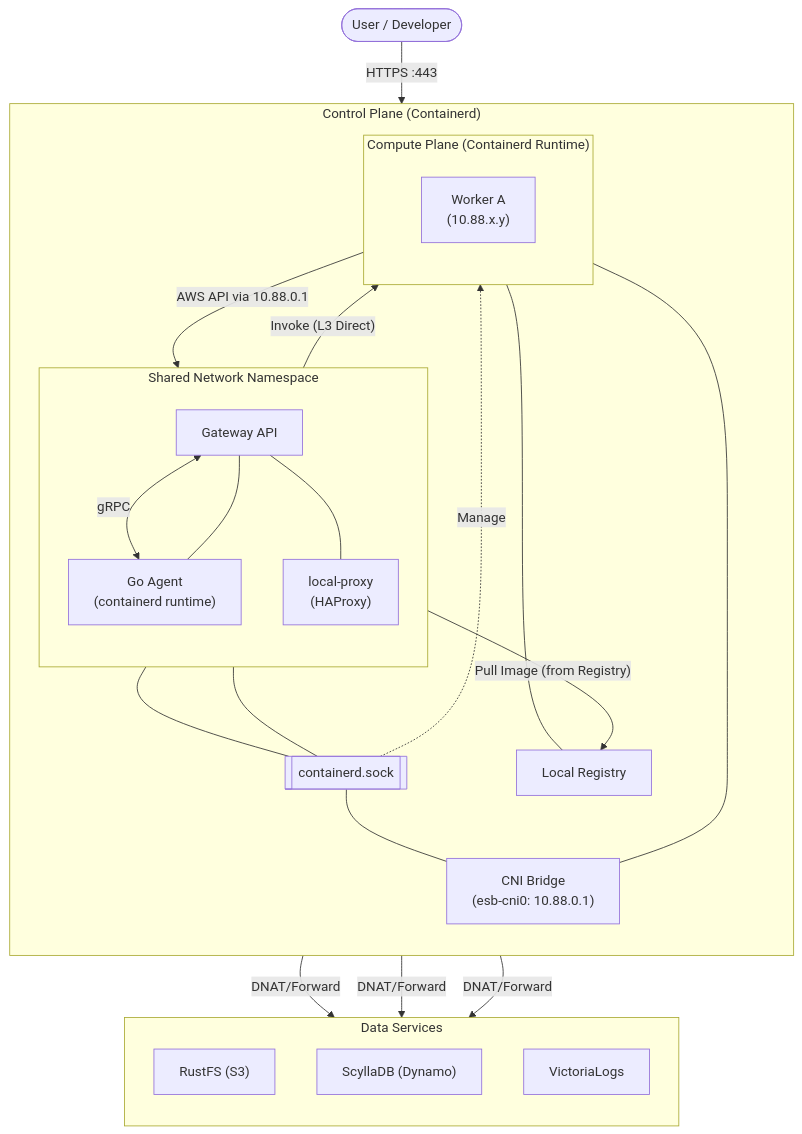
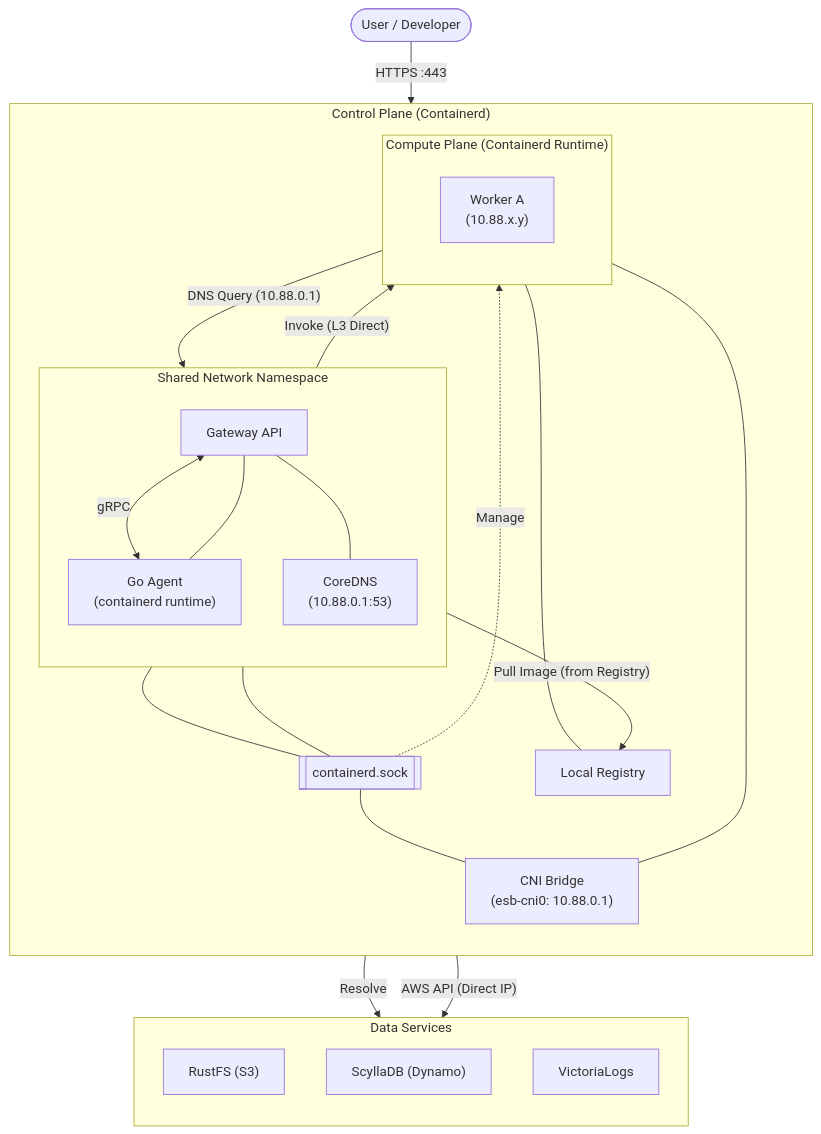
One commit to poruru-code/esb changed the third of 4 diagrams in docs/architecture-containerd.md. Above: the diagram before and after it, drawn with Mermaid. The commit also changed other lines of this file and 17 other files, not shown here.

First line of the commit message:
feat: implement DNS-based service discovery using CoreDNS sidecar

````diff
--- a/docs/architecture-containerd.md
+++ b/docs/architecture-containerd.md
@@ -99,55 +95,55 @@
 ```mermaid
 flowchart TD
     Client(["User / Developer"]) -->|"HTTPS :443"| Gateway
 
     subgraph CP ["Control Plane (Containerd)"]
         direction TB
         
         subgraph NetNS ["Shared Network Namespace"]
             direction TB
             Agent["Go Agent<br/>(containerd runtime)"]
             Gateway["Gateway API"]
-            Proxy["local-proxy<br/>(HAProxy)"]
+            CoreDNS["CoreDNS<br/>(10.88.0.1:53)"]
             
             %% Vertical Stack
             Agent --- Gateway
-            Gateway --- Proxy
+            Gateway --- CoreDNS
         end
 
         Containerd[["containerd.sock"]]
         CNI["CNI Bridge<br/>(esb-cni0: 10.88.0.1)"]
 
         subgraph CMP ["Compute Plane (Containerd Runtime)"]
             direction TB
             WorkerA["Worker A<br/>(10.88.x.y)"]
         end
 
         Registry["Local Registry"]
         
         %% Vertical Stack
         NetNS --- Containerd
         Containerd --- CNI
         CNI --- CMP
         CMP --- Registry
     end
 
     subgraph DS ["Data Services"]
         direction TB
         RustFS["RustFS (S3)"]
         ScyllaDB["ScyllaDB (Dynamo)"]
         VL["VictoriaLogs"]
     end
 
     %% Interactions
     Gateway <-->|"gRPC"| Agent
     Agent --- Containerd
     Containerd -.->|"Manage"| WorkerA
     Agent -->|"Pull Image (from Registry)"| Registry
     
     %% Networking
     Gateway -->|"Invoke (L3 Direct)"| WorkerA
-    WorkerA -->|"AWS API via 10.88.0.1"| Proxy
-    Proxy -->|"DNAT/Forward"| RustFS
-    Proxy -->|"DNAT/Forward"| ScyllaDB
-    Proxy -->|"DNAT/Forward"| VL
+    WorkerA -->|"DNS Query (10.88.0.1)"| CoreDNS
+    CoreDNS -->|"Resolve"| DS
+    WorkerA -->|"AWS API (Direct IP)"| DS
+    %% CNI MASQUERADE handles the routing
 ```
````
